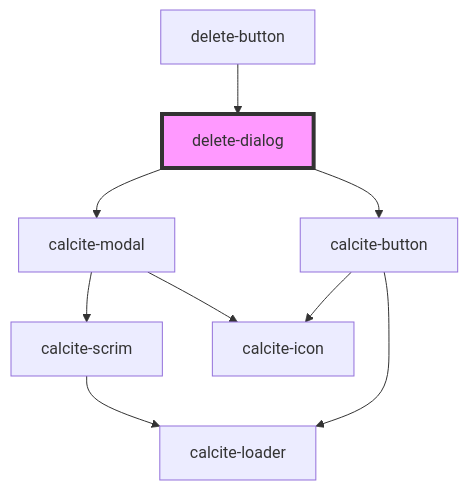
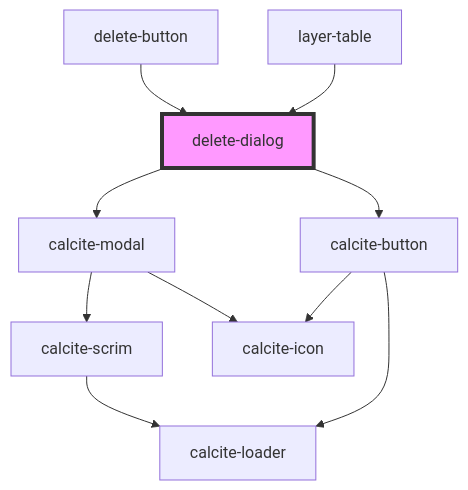
One commit to Esri/solutions-components changed the diagram in src/components/delete-dialog/readme.md. Above: the diagram before and after it, drawn with Mermaid. The commit also changed other lines of this file and 6 other files, not shown here.

Commit message:
show the delete dialog

````diff
--- a/src/components/delete-dialog/readme.md
+++ b/src/components/delete-dialog/readme.md
@@ -37,12 +38,13 @@
 ```mermaid
 graph TD;
   delete-dialog --> calcite-modal
   delete-dialog --> calcite-button
   calcite-modal --> calcite-scrim
   calcite-modal --> calcite-icon
   calcite-scrim --> calcite-loader
   calcite-button --> calcite-loader
   calcite-button --> calcite-icon
   delete-button --> delete-dialog
+  layer-table --> delete-dialog
   style delete-dialog fill:#f9f,stroke:#333,stroke-width:4px
 ```
````
